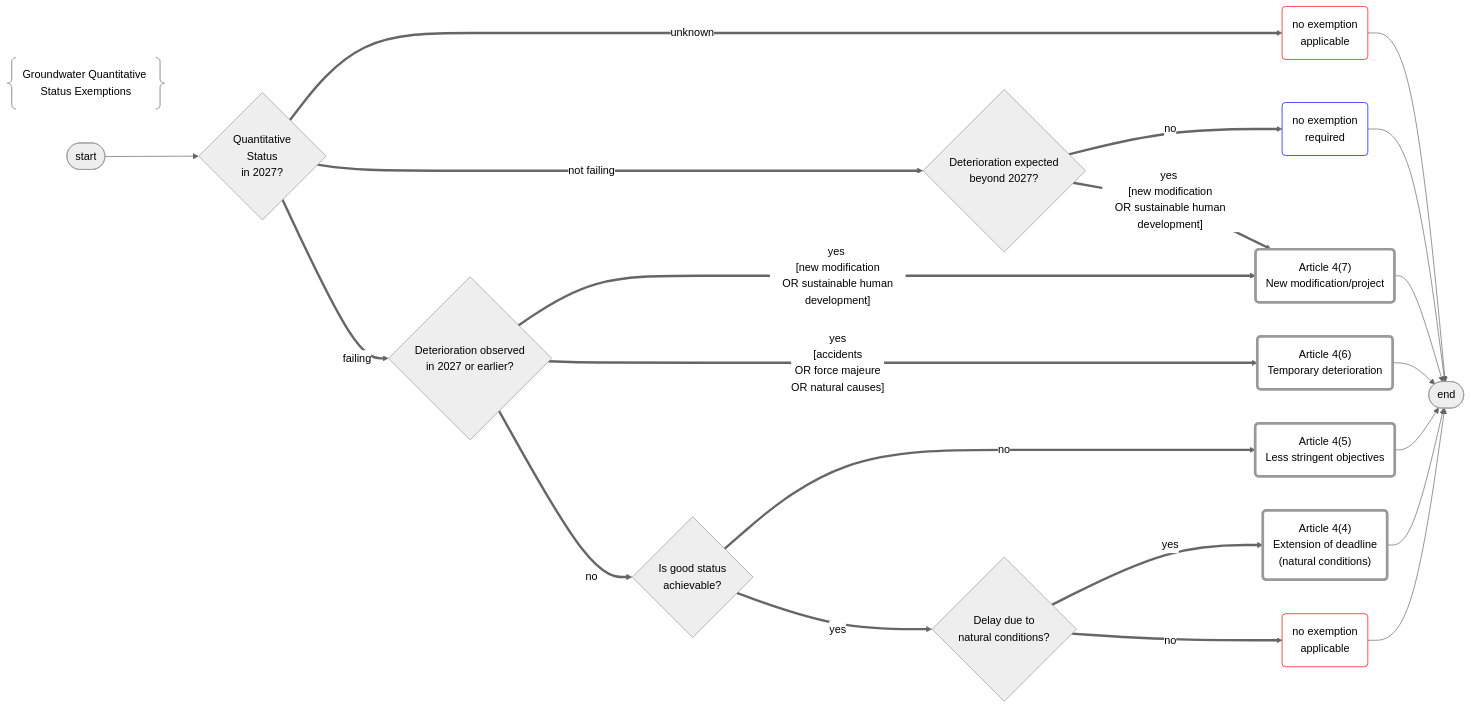
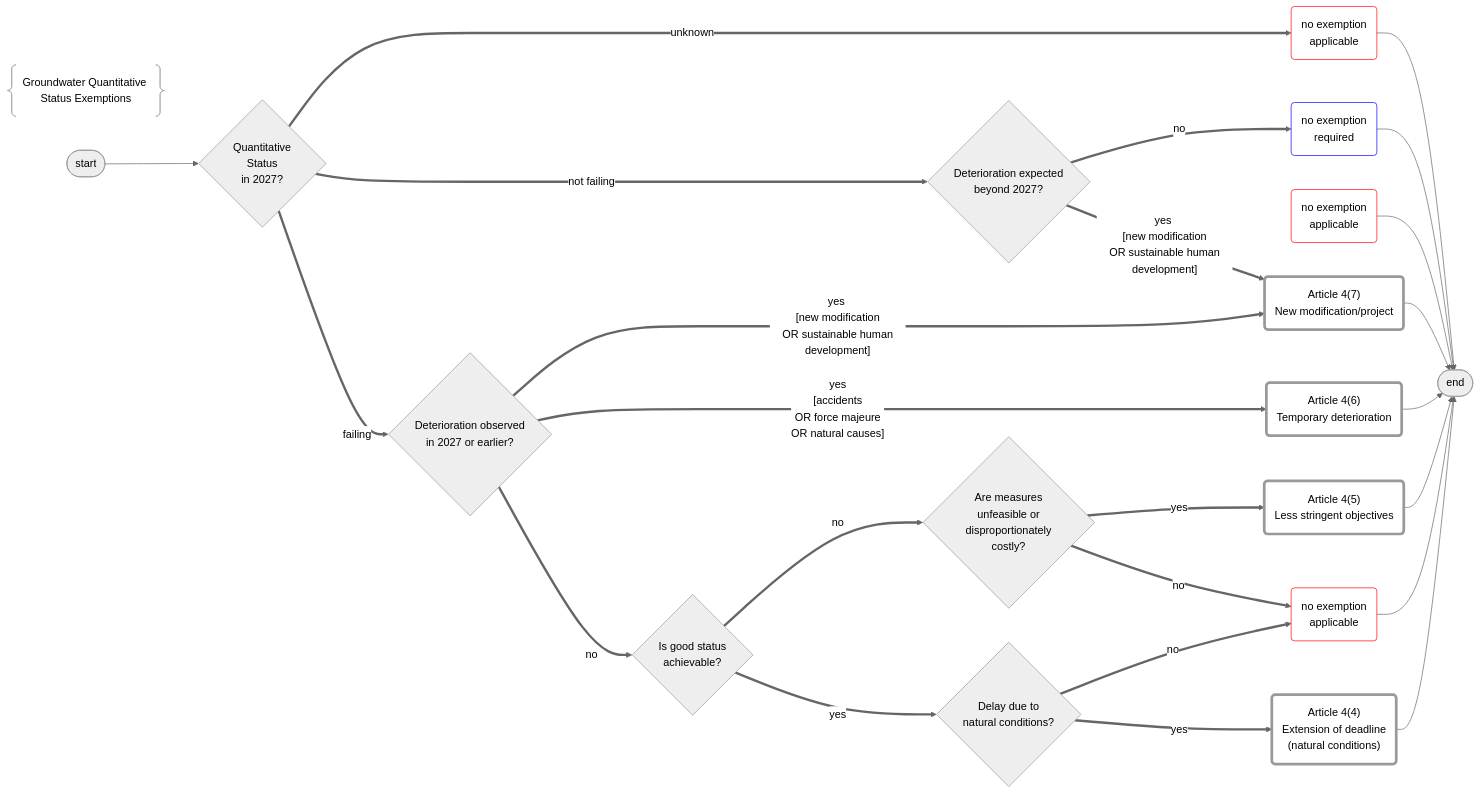
Before and after one commit to eeadata/WISE.WFD.Documentation: the diagram in docs/DataModelReview/mmd/QuantitativeExemption_Flowchart.mmd, drawn with Mermaid. The commit also changed other lines of this file and 3 other files, not shown here.

Commit message:
WFD Exemptions: clarification of the flowcharts, correction of codelist and typos, as per JM feedback 20 April 2026 16:06

```diff
--- a/docs/DataModelReview/mmd/QuantitativeExemption_Flowchart.mmd
+++ b/docs/DataModelReview/mmd/QuantitativeExemption_Flowchart.mmd
@@ -1,74 +1,78 @@
 %%{init: {'theme': 'neutral'}}%%
 
 flowchart LR
 
 %% Groundwater Quantitative Status Exemptions
 title@{ shape: braces, label: "Groundwater Quantitative Status Exemptions" }
 
 %% Defining the nodes
 		
 initial([start])
 final([end])
 
 %% duplicate nodeS for just for flowchart readability
 hasNoApplicableExemption_1("no exemption \n applicable"):::stateRed
 hasNoApplicableExemption_2("no exemption \n required"):::stateBlue
 hasNoApplicableExemption_3("no exemption \n applicable"):::stateRed
+hasNoApplicableExemption_4("no exemption \n applicable"):::stateRed
 
 hasExemption44n("Article 4(4) \n Extension of deadline \n (natural conditions)"):::state
 hasExemption45("Article 4(5) \n Less stringent objectives"):::state
 hasExemption46("Article 4(6) \n Temporary deterioration"):::state
 hasExemption47("Article 4(7) \n New modification/project"):::state
 
 %% Defining the decisions
 
 isQuantitativeStatusIn2027{"Quantitative \n Status \n in 2027?"}
 isDeteriorationExpected{"Deterioration expected \n beyond 2027?"}
 isDeteriorationObserved{"Deterioration observed \n in 2027 or earlier?"}
 isGoodStatusAchievable{"Is good status \n achievable?"}
+isUnfeasibleOrCostly{"Are measures \n unfeasible or \n disproportionately \n costly?"}
 isDelayDueToNaturalConditions{"Delay due to \n natural conditions?"}
 
 %% Flow to TERMINATORS
 
 initial --> isQuantitativeStatusIn2027
 hasNoApplicableExemption_1 --> final
 hasNoApplicableExemption_2 --> final
 hasNoApplicableExemption_3 --> final
+hasNoApplicableExemption_4 --> final
 hasExemption47 --> final 
 hasExemption46 --> final 
 hasExemption45 --> final 
 hasExemption44n --> final 
 
 %% THE IMPORTANT PART STARTS HERE
 
     %% NO EXEMPTION POSSIBLE - If the status is unknown, then exemptions cannot be reported
     isQuantitativeStatusIn2027 ==>|unknown|hasNoApplicableExemption_1
 
     %% NO EXEMPTION NEEDED - if the status is not failing and no deterioration is expected, then no exemption is needed
     isQuantitativeStatusIn2027 ==>|not failing|isDeteriorationExpected
     isDeteriorationExpected ==>|no|hasNoApplicableExemption_2
 
     %% ARTICLE 4(7) - DETERIORATION DUE TO NEW MODIFICATION OR PROJECT
     isDeteriorationExpected ==>|"yes \n [new modification \n OR sustainable human development]"|hasExemption47
         
     %% ARTICLE 4(6) - DETERIORATION DUE TO ACCIDENTS OR FORCE MAJEURE OR NATURAL CAUSES
     isQuantitativeStatusIn2027 ==>|failing|isDeteriorationObserved
     isDeteriorationObserved ==>|"yes \n [new modification \n OR sustainable human development]"|hasExemption47
     isDeteriorationObserved ==>|"yes \n [accidents  \n OR force majeure  \n OR natural causes]"|hasExemption46
     isDeteriorationObserved ==>|no|isGoodStatusAchievable
 
     %% ARTICLE 4(5) - LESS STRINGENT OBJECTIVES
-    isGoodStatusAchievable ==>|no|hasExemption45
+    isGoodStatusAchievable ==>|no|isUnfeasibleOrCostly
+    isUnfeasibleOrCostly ==> |yes|hasExemption45
+    isUnfeasibleOrCostly ==> |no|hasNoApplicableExemption_4
 
     %% ARTICLE 4(4) EXTENSION OF DEADLINE - NATURAL CONDITIONS
     isGoodStatusAchievable ==>|yes|isDelayDueToNaturalConditions
-            
+                    
+    %% ARTICLE 4(5) EXTENSION OF DEADLINE - FEASIBILITY OR COST - NO EXEMPTION POSSIBLE
+    isDelayDueToNaturalConditions ==>|no|hasNoApplicableExemption_4
     isDelayDueToNaturalConditions ==>|yes|hasExemption44n
-            
-    %% ARTICLE 4(5) EXTENSION OF DEADLINE - FEASIBILITY OR COST - NO EXEMPTION POSSIBLE
-    isDelayDueToNaturalConditions ==>|no|hasNoApplicableExemption_3
 
 %% styling
 classDef state stroke-width:4px,fill:transparent
 classDef stateRed stroke:red,fill:transparent
 classDef stateBlue stroke:blue,fill:transparent
```
